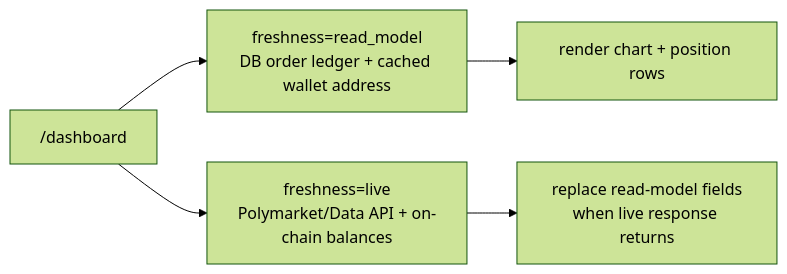
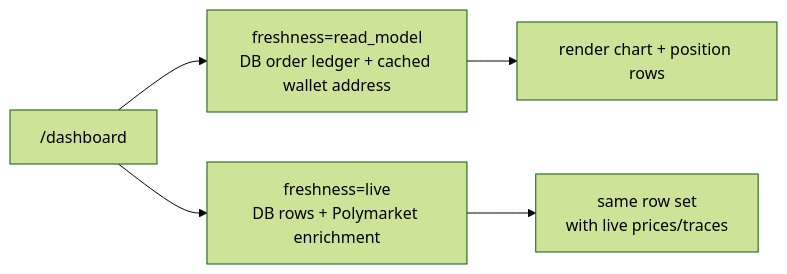
One commit to Cogni-DAO/node-template changed the diagram in docs/design/poly-dashboard-balance-and-positions.md. Above: the diagram before and after it, drawn with Mermaid (forest theme). The commit also changed other lines of this file and 4 other files, not shown here.

Commit message:
fix(poly): preserve dashboard position rows during live enrichment

````diff
--- a/docs/design/poly-dashboard-balance-and-positions.md
+++ b/docs/design/poly-dashboard-balance-and-positions.md
@@ -124,11 +124,11 @@
 ```mermaid
 flowchart LR
   Browser["/dashboard"]
   ReadModel["freshness=read_model\nDB order ledger + cached wallet address"]
   FirstPaint["render chart + position rows"]
-  Live["freshness=live\nPolymarket/Data API + on-chain balances"]
-  Enriched["replace read-model fields\nwhen live response returns"]
+  Live["freshness=live\nDB rows + Polymarket enrichment"]
+  Enriched["same row set\nwith live prices/traces"]
 
   Browser --> ReadModel --> FirstPaint
   Browser --> Live --> Enriched
 ```
````
